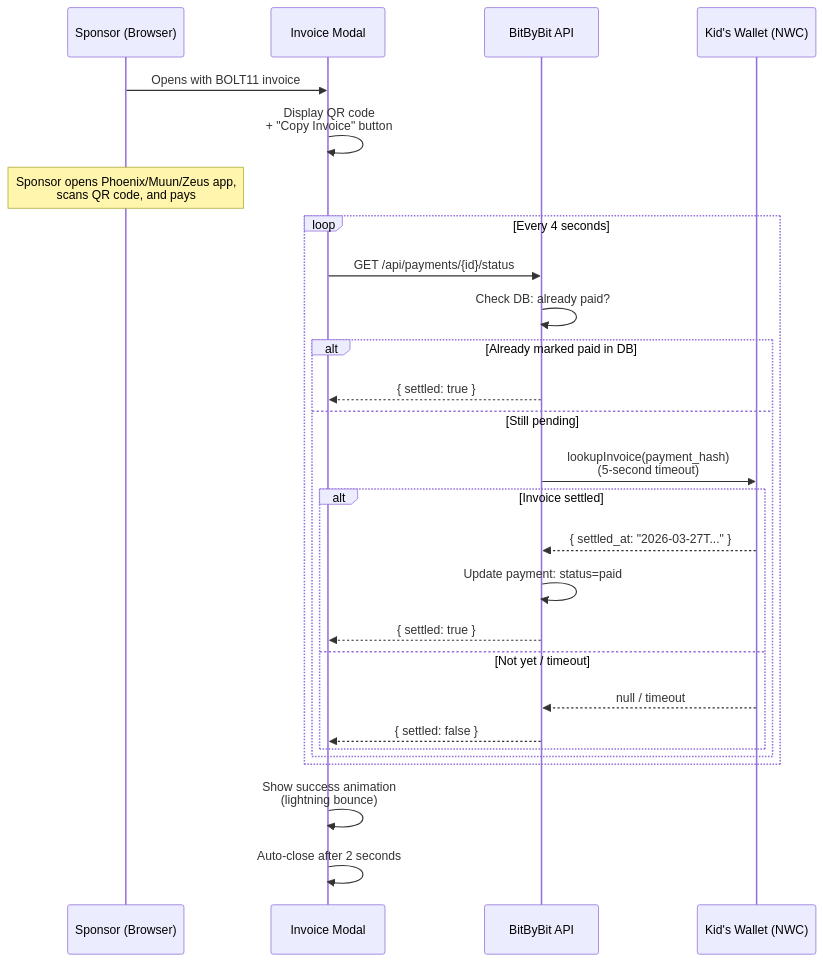
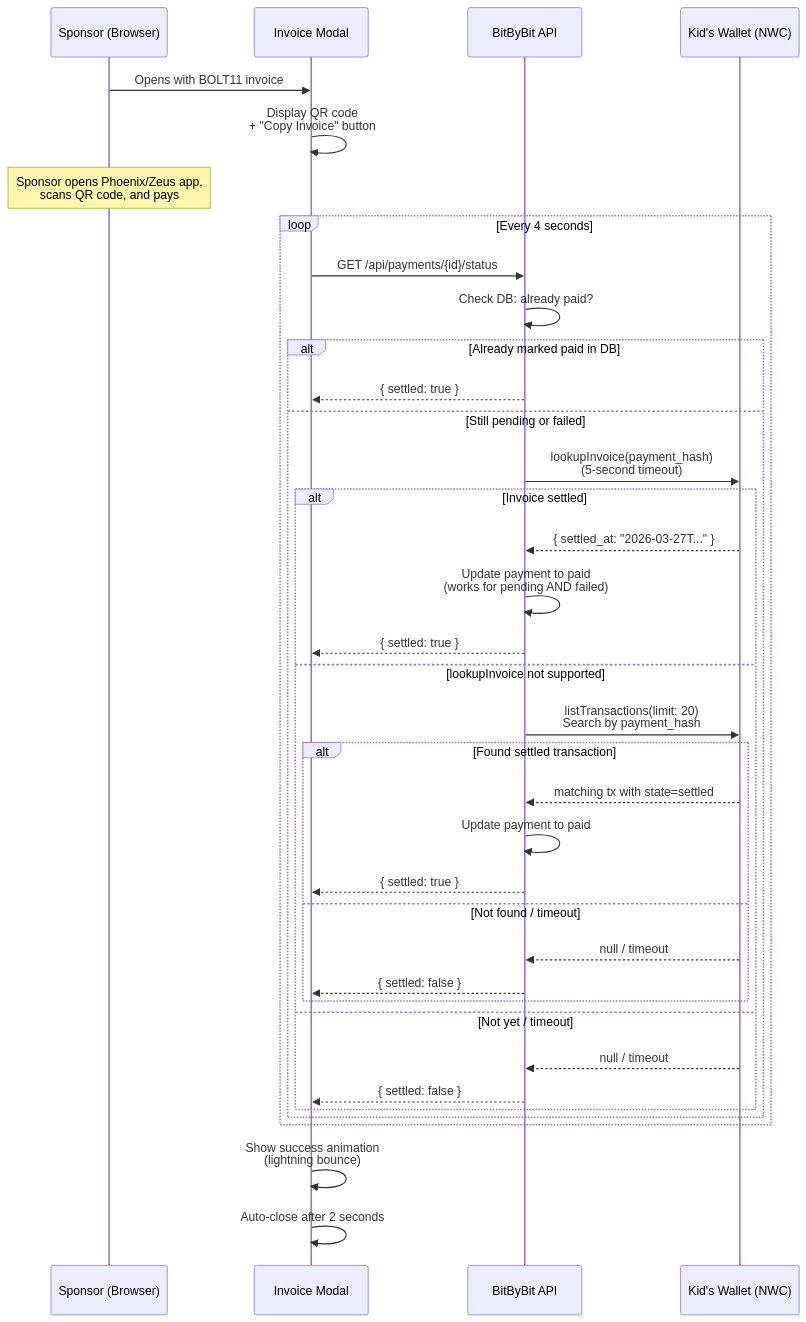
One commit to bitbybit-ar/bitbybit-habits changed the diagram in docs/flows/invoice-modal.md. Above: the diagram before and after it, drawn with Mermaid. The commit also changed other lines of this file and 8 other files, not shown here.

Commit message:
fix: todaySats counts only paid payments instead of approved completions Kid dashboard showed sats for habits where the completion was approved but the payment was still pending or had failed. Now joins the payments table   and only sums amount_sats where status = 'paid'.

````diff
--- a/docs/flows/invoice-modal.md
+++ b/docs/flows/invoice-modal.md
@@ -7,33 +7,43 @@
 ```mermaid
 sequenceDiagram
     participant Sponsor as Sponsor (Browser)
     participant Modal as Invoice Modal
     participant API as BitByBit API
     participant KidWallet as Kid's Wallet (NWC)
 
     Sponsor->>Modal: Opens with BOLT11 invoice
     Modal->>Modal: Display QR code<br/>+ "Copy Invoice" button
 
-    Note over Sponsor: Sponsor opens Phoenix/Muun/Zeus app,<br/>scans QR code, and pays
+    Note over Sponsor: Sponsor opens Phoenix/Zeus app,<br/>scans QR code, and pays
 
     loop Every 4 seconds
         Modal->>API: GET /api/payments/{id}/status
         API->>API: Check DB: already paid?
         alt Already marked paid in DB
             API-->>Modal: { settled: true }
-        else Still pending
+        else Still pending or failed
             API->>KidWallet: lookupInvoice(payment_hash)<br/>(5-second timeout)
             alt Invoice settled
                 KidWallet-->>API: { settled_at: "2026-03-27T..." }
-                API->>API: Update payment: status=paid
+                API->>API: Update payment to paid<br/>(works for pending AND failed)
                 API-->>Modal: { settled: true }
+            else lookupInvoice not supported
+                API->>KidWallet: listTransactions(limit: 20)<br/>Search by payment_hash
+                alt Found settled transaction
+                    KidWallet-->>API: matching tx with state=settled
+                    API->>API: Update payment to paid
+                    API-->>Modal: { settled: true }
+                else Not found / timeout
+                    KidWallet-->>API: null / timeout
+                    API-->>Modal: { settled: false }
+                end
             else Not yet / timeout
                 KidWallet-->>API: null / timeout
                 API-->>Modal: { settled: false }
             end
         end
     end
 
     Modal->>Modal: Show success animation<br/>(lightning bounce)
     Modal->>Modal: Auto-close after 2 seconds
 ```
````
